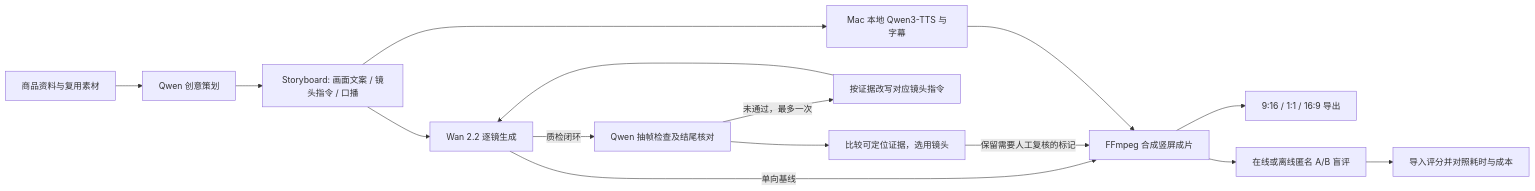
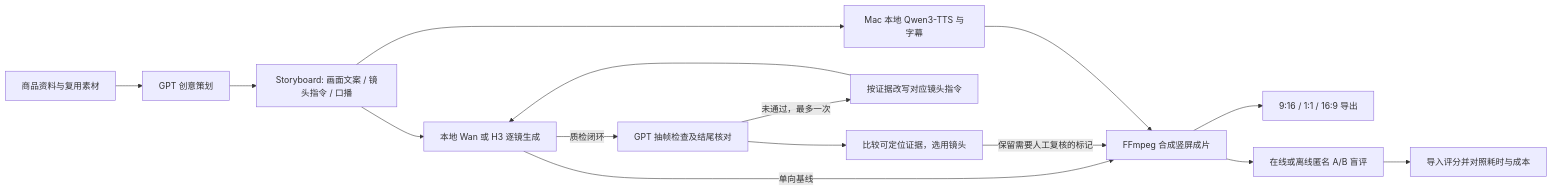
Before and after one commit to xiangyue-y/MarketFilm: the diagram in README.md, drawn with Mermaid. The commit also changed other lines of this file and 24 other files, not shown here.

````diff
--- a/README.md
+++ b/README.md
@@ -5,17 +5,17 @@
 ```mermaid
 flowchart LR
-  A[商品资料与复用素材] --> P[Qwen 创意策划]
+  A[商品资料与复用素材] --> P[GPT 创意策划]
   P --> S[Storyboard: 画面文案 / 镜头指令 / 口播]
-  S --> W[Wan 2.2 逐镜生成]
+  S --> W[本地 Wan 或 H3 逐镜生成]
   S --> T[Mac 本地 Qwen3-TTS 与字幕]
   W -->|单向基线| F[FFmpeg 合成竖屏成片]
-  W -->|质检闭环| Q[Qwen 抽帧检查及结尾核对]
+  W -->|质检闭环| Q[GPT 抽帧检查及结尾核对]
   Q -->|未通过，最多一次| R[按证据改写对应镜头指令]
   R --> W
   Q --> C[比较可定位证据，选用镜头]
   C -->|保留需要人工复核的标记| F
   T --> F
   F --> E[9:16 / 1:1 / 16:9 导出]
   F --> B[在线或离线匿名 A/B 盲评]
   B --> D[导入评分并对照耗时与成本]
 ```
````
